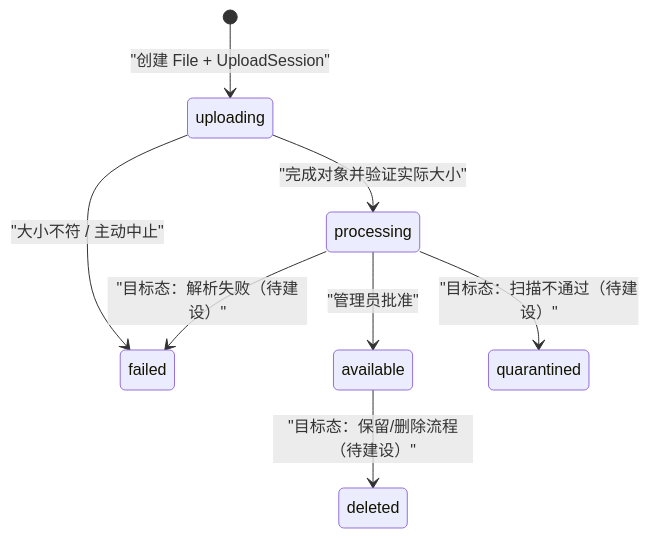
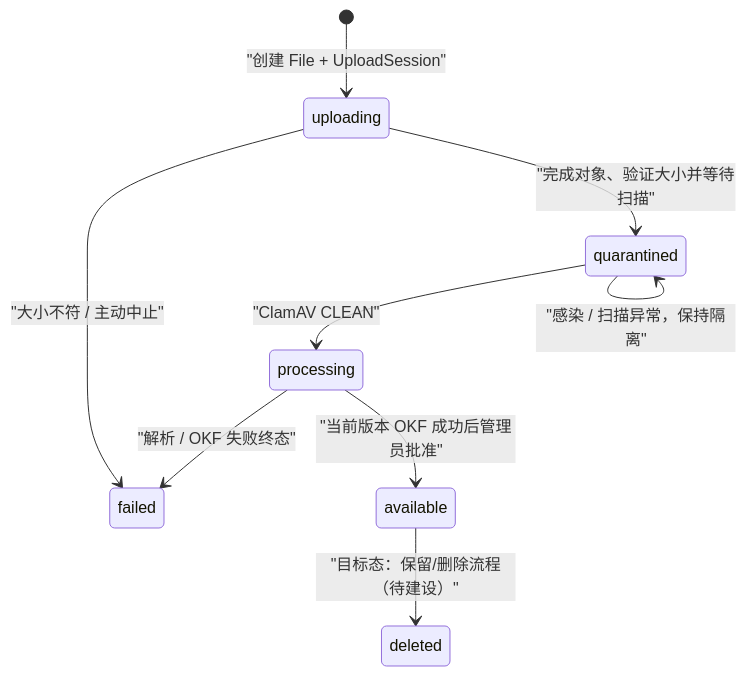
The third of 4 diagrams in docs/ARCHITECTURE.zh-CN.md (SuperGokou/knowledgebases), drawn with Mermaid before and after one commit. The commit also changed other lines of this file and 442 other files, not shown here.

```diff
--- a/docs/ARCHITECTURE.zh-CN.md
+++ b/docs/ARCHITECTURE.zh-CN.md
@@ -105,10 +120,11 @@
 ~~~mermaid
 stateDiagram-v2
     [*] --> uploading: "创建 File + UploadSession"
-    uploading --> processing: "完成对象并验证实际大小"
+    uploading --> quarantined: "完成对象、验证大小并等待扫描"
     uploading --> failed: "大小不符 / 主动中止"
-    processing --> available: "管理员批准"
-    processing --> quarantined: "目标态：扫描不通过（待建设）"
-    processing --> failed: "目标态：解析失败（待建设）"
+    quarantined --> processing: "ClamAV CLEAN"
+    quarantined --> quarantined: "感染 / 扫描异常，保持隔离"
+    processing --> available: "当前版本 OKF 成功后管理员批准"
+    processing --> failed: "解析 / OKF 失败终态"
     available --> deleted: "目标态：保留/删除流程（待建设）"
 ~~~
```
